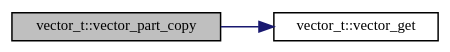
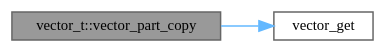
One commit to evjeesm/vector changed the diagram in docs/group__Vector_ga39836c927f0e0fc79dbf39728972d08e_cgraph.dot. Above: the diagram before and after it, drawn with Graphviz. The commit also changed 166 other files, not shown here.

```diff
--- a/docs/group__Vector_ga39836c927f0e0fc79dbf39728972d08e_cgraph.dot
+++ b/docs/group__Vector_ga39836c927f0e0fc79dbf39728972d08e_cgraph.dot
@@ -1,12 +1,12 @@
 digraph "vector_t::vector_part_copy"
 {
  // INTERACTIVE_SVG=YES
  // LATEX_PDF_SIZE
   bgcolor="transparent";
-  edge [fontname="Mononoki",fontsize="10",labelfontname="Mononoki",labelfontsize="10"];
-  node [fontname="Mononoki",fontsize="10",shape=record];
+  edge [fontname=Mononoki,fontsize=10,labelfontname=Mononoki,labelfontsize=10];
+  node [fontname=Mononoki,fontsize=10,shape=box,height=0.2,width=0.4];
   rankdir="LR";
-  Node1 [label="vector_t::vector_part_copy",height=0.2,width=0.4,color="black", fillcolor="grey75", style="filled", fontcolor="black",tooltip="Partial copying."];
-  Node1 -> Node2 [color="midnightblue",fontsize="10",style="solid",fontname="Mononoki"];
-  Node2 [label="vector_t::vector_get",height=0.2,width=0.4,color="black",URL="$group__Vector.html#ga9437d9506a3b2799f595c88b82f160b3",tooltip="Returns pointer for the element at index."];
+  Node1 [id="Node000001",label="vector_t::vector_part_copy",height=0.2,width=0.4,color="gray40", fillcolor="grey60", style="filled", fontcolor="black",tooltip="Partial copying."];
+  Node1 -> Node2 [id="edge1_Node000001_Node000002",color="steelblue1",style="solid",tooltip=" "];
+  Node2 [id="Node000002",label="vector_get",height=0.2,width=0.4,color="grey40", fillcolor="white", style="filled",URL="$group__Vector.html#ga9437d9506a3b2799f595c88b82f160b3",tooltip="Returns pointer for the element at index."];
 }
```
